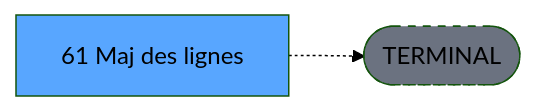
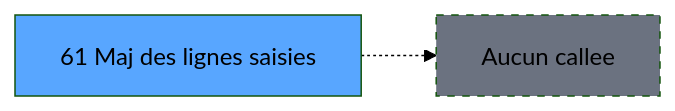
One commit to thonyAGP/magic-migration changed the third of 3 diagrams in .openspec/specs/ADH-IDE-61.md. Above: the diagram before and after it, drawn with Mermaid (forest theme). The commit also changed other lines of this file and 493 other files, not shown here.

````diff
--- a/.openspec/specs/ADH-IDE-61.md
+++ b/.openspec/specs/ADH-IDE-61.md
@@ -141,8 +274,8 @@
 ```mermaid
 graph LR
-    T[61 Maj des lignes ]
-    TERM([TERMINAL])
-    T -.-> TERM
-    style TERM fill:#6b7280,stroke-dasharray: 5 5
-    style T fill:#58a6ff,color:#000
+    T61[61 Maj des lignes saisies]
+    style T61 fill:#58a6ff
+    NONE[Aucun callee]
+    T61 -.-> NONE
+    style NONE fill:#6b7280,stroke-dasharray: 5 5
 ```
````
